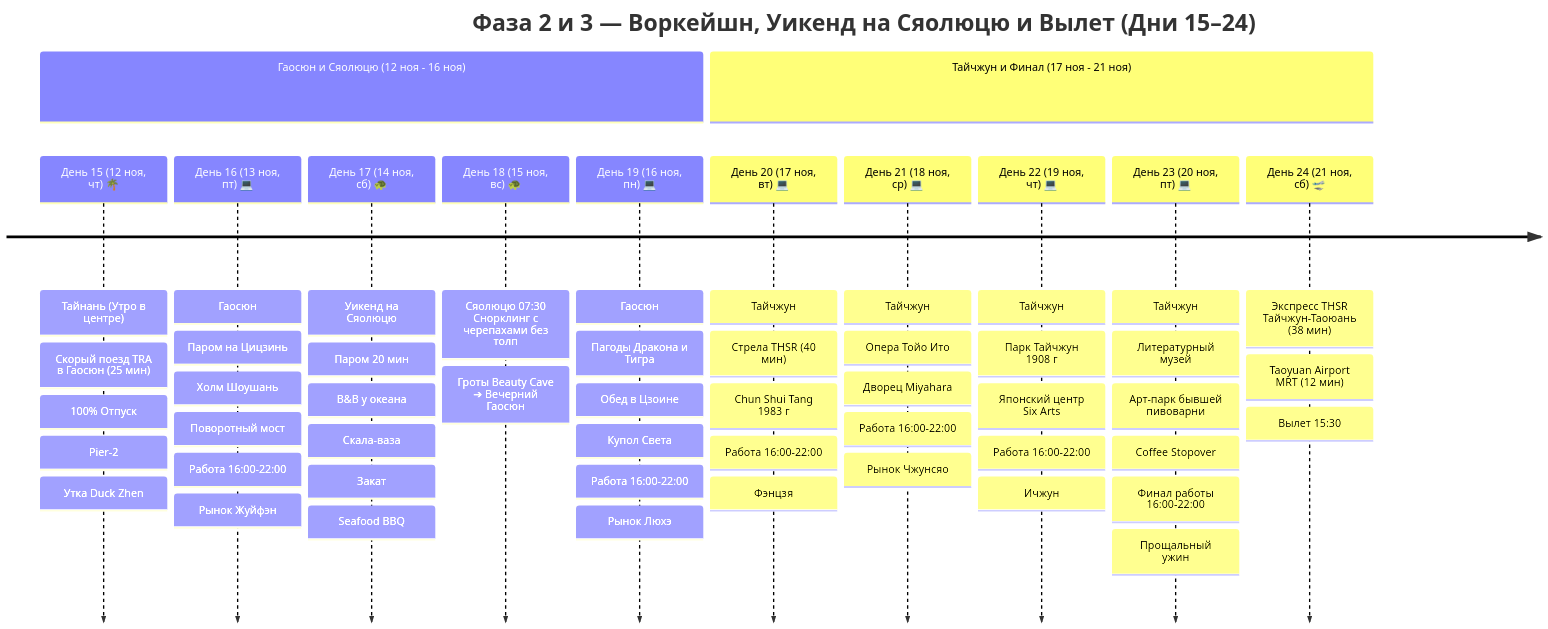
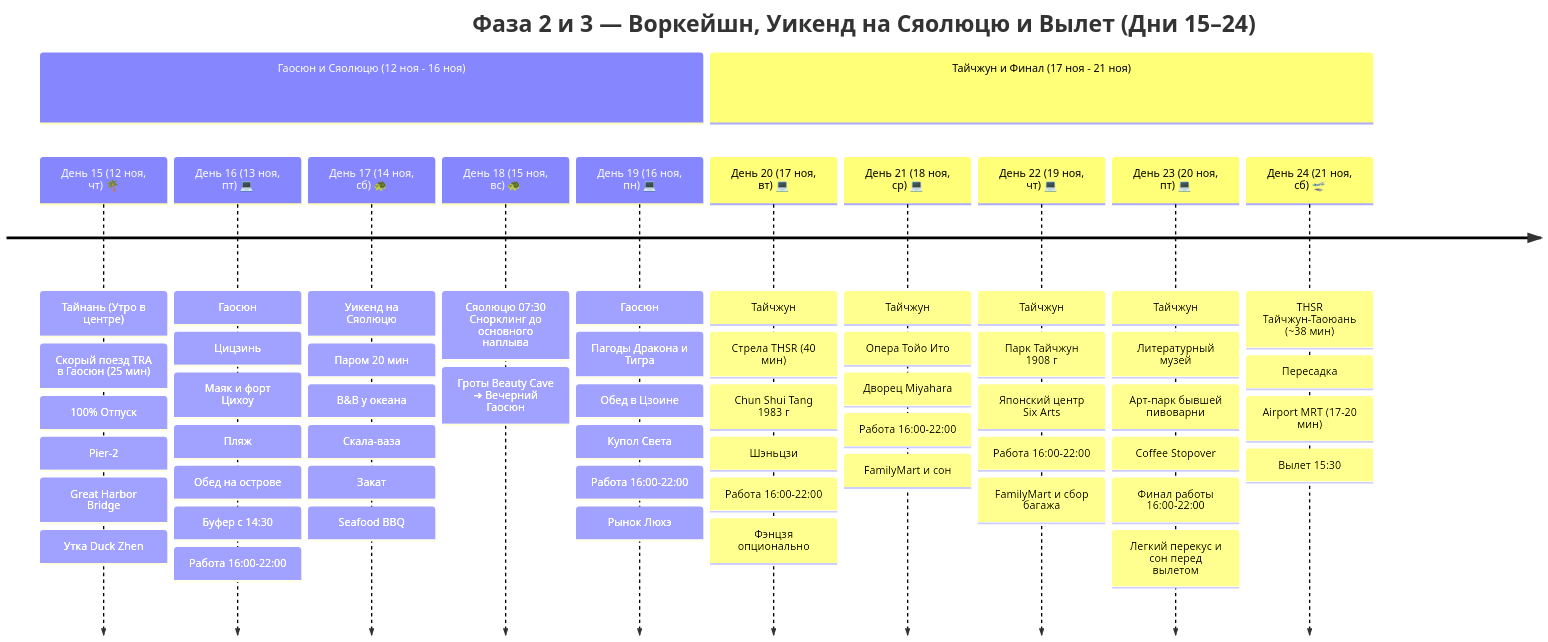
One commit to injurka/obsidian-mark changed the second of 2 diagrams in Personal Note/Travel/-- Taiwan/Taiwan.md. Above: the diagram before and after it, drawn with Mermaid. The commit also changed other lines of this file and 115 other files, not shown here.

````diff
--- a/Personal Note/Travel/-- Taiwan/Taiwan.md
+++ b/Personal Note/Travel/-- Taiwan/Taiwan.md
@@ -48,16 +74,16 @@
 ```mermaid
 timeline
     title Фаза 2 и 3 — Воркейшн, Уикенд на Сяолюцю и Вылет (Дни 15–24)
     section Гаосюн и Сяолюцю (12 ноя - 16 ноя)
-        День 15 (12 ноя, чт) 🌴 : Тайнань (Утро в центре) : Скорый поезд TRA в Гаосюн (25 мин) : 100% Отпуск : Pier-2 : Утка Duck Zhen
-        День 16 (13 ноя, пт) 💻 : Гаосюн : Паром на Цицзинь : Холм Шоушань : Поворотный мост : Работа 16:00-22:00 : Рынок Жуйфэн
+        День 15 (12 ноя, чт) 🌴 : Тайнань (Утро в центре) : Скорый поезд TRA в Гаосюн (25 мин) : 100% Отпуск : Pier-2 : Great Harbor Bridge : Утка Duck Zhen
+        День 16 (13 ноя, пт) 💻 : Гаосюн : Цицзинь : Маяк и форт Цихоу : Пляж : Обед на острове : Буфер с 14:30 : Работа 16:00-22:00
         День 17 (14 ноя, сб) 🐢 : Уикенд на Сяолюцю : Паром 20 мин : B&B у океана : Скала-ваза : Закат : Seafood BBQ
-        День 18 (15 ноя, вс) 🐢 : Сяолюцю 07:30 Снорклинг с черепахами без толп : Гроты Beauty Cave ➔ Вечерний Гаосюн
+        День 18 (15 ноя, вс) 🐢 : Сяолюцю 07:30 Снорклинг до основного наплыва : Гроты Beauty Cave ➔ Вечерний Гаосюн
         День 19 (16 ноя, пн) 💻 : Гаосюн : Пагоды Дракона и Тигра : Обед в Цзоине : Купол Света : Работа 16:00-22:00 : Рынок Люхэ
     section Тайчжун и Финал (17 ноя - 21 ноя)
-        День 20 (17 ноя, вт) 💻 : Тайчжун : Стрела THSR (40 мин) : Chun Shui Tang 1983 г : Работа 16:00-22:00 : Фэнцзя
-        День 21 (18 ноя, ср) 💻 : Тайчжун : Опера Тойо Ито : Дворец Miyahara : Работа 16:00-22:00 : Рынок Чжунсяо
-        День 22 (19 ноя, чт) 💻 : Тайчжун : Парк Тайчжун 1908 г : Японский центр Six Arts : Работа 16:00-22:00 : Ичжун
-        День 23 (20 ноя, пт) 💻 : Тайчжун : Литературный музей : Арт-парк бывшей пивоварни : Coffee Stopover : Финал работы 16:00-22:00 : Прощальный ужин
-        День 24 (21 ноя, сб) 🛫 : Экспресс THSR Тайчжун-Таоюань (38 мин) : Taoyuan Airport MRT (12 мин) : Вылет 15:30
+        День 20 (17 ноя, вт) 💻 : Тайчжун : Стрела THSR (40 мин) : Chun Shui Tang 1983 г : Шэньцзи : Работа 16:00-22:00 : Фэнцзя опционально
+        День 21 (18 ноя, ср) 💻 : Тайчжун : Опера Тойо Ито : Дворец Miyahara : Работа 16:00-22:00 : FamilyMart и сон
+        День 22 (19 ноя, чт) 💻 : Тайчжун : Парк Тайчжун 1908 г : Японский центр Six Arts : Работа 16:00-22:00 : FamilyMart и сбор багажа
+        День 23 (20 ноя, пт) 💻 : Тайчжун : Литературный музей : Арт-парк бывшей пивоварни : Coffee Stopover : Финал работы 16:00-22:00 : Легкий перекус и сон перед вылетом
+        День 24 (21 ноя, сб) 🛫 : THSR Тайчжун-Таоюань (~38 мин) : Пересадка : Airport MRT (17-20 мин) : Вылет 15:30
 ```
````
